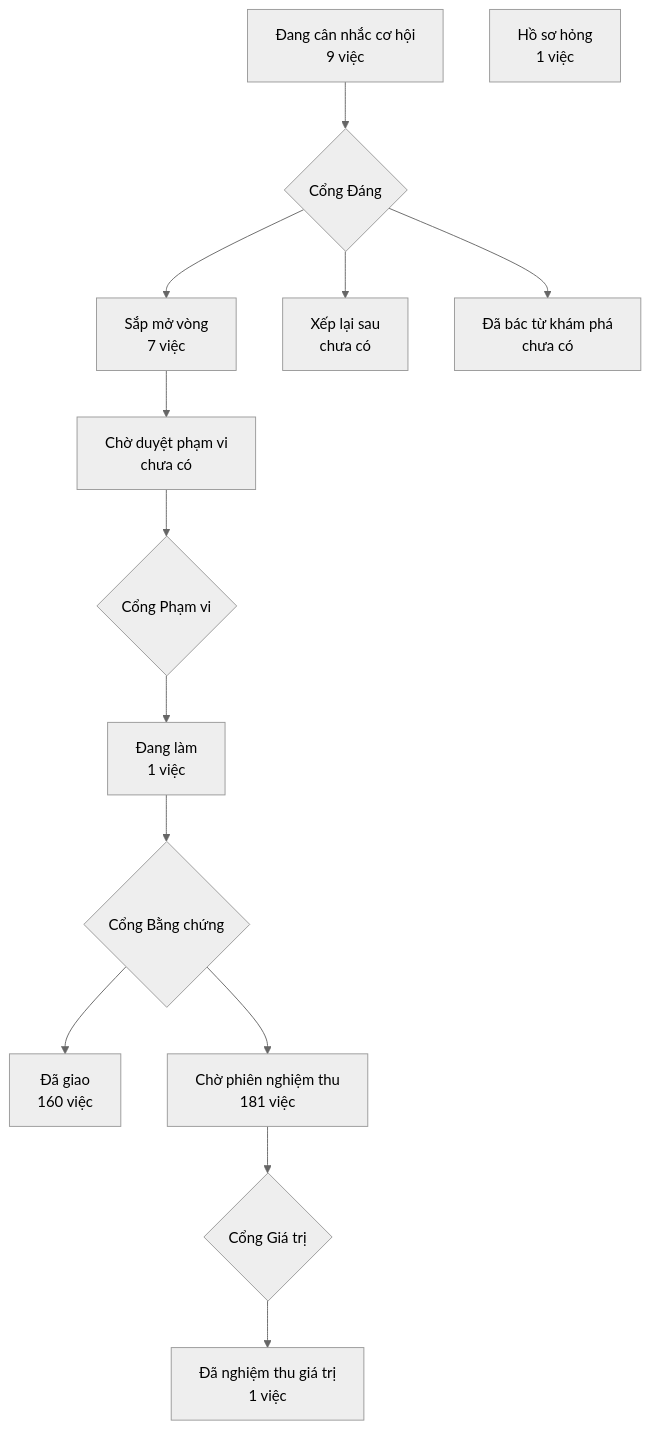
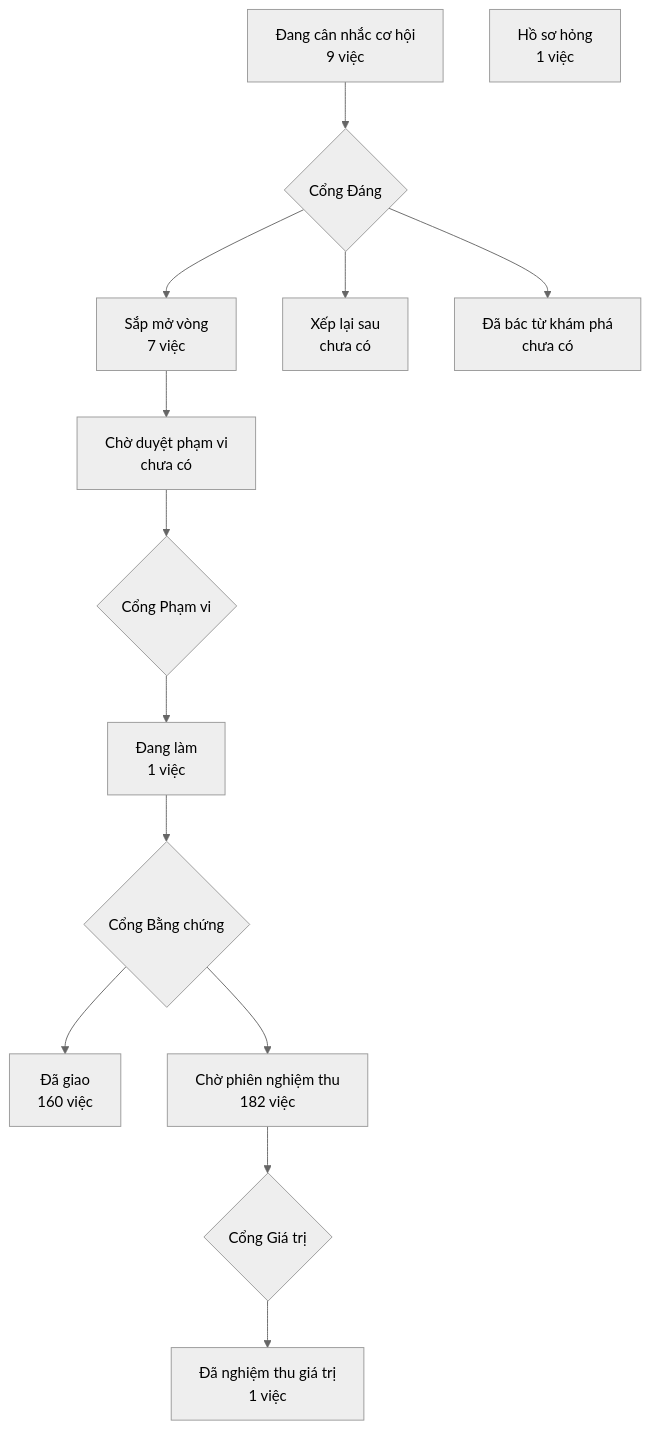
Before and after one commit to phanlemanh/crm-onehub: the diagram in PRODUCT-MAP.md, drawn with Mermaid (neutral theme). The commit also changed 1 other file, not shown here.

Commit message:
chore(tom-tat-tuan-dang-cho): vẽ lại bản đồ và trang lộ trình sau gộp onehub 872e18012

````diff
--- a/PRODUCT-MAP.md
+++ b/PRODUCT-MAP.md
@@ -7,13 +7,13 @@
 ```mermaid
 flowchart TD
   A["Đang cân nhắc cơ hội<br/>9 việc"] --> GD{"Cổng Đáng"}
   GD --> B["Sắp mở vòng<br/>7 việc"]
   GD --> XL["Xếp lại sau<br/>chưa có"]
   GD --> DB["Đã bác từ khám phá<br/>chưa có"]
   B --> CD["Chờ duyệt phạm vi<br/>chưa có"] --> GP{"Cổng Phạm vi"}
   GP --> DL["Đang làm<br/>1 việc"] --> GB{"Cổng Bằng chứng"}
   GB --> DG["Đã giao<br/>160 việc"]
-  GB --> CN["Chờ phiên nghiệm thu<br/>181 việc"] --> GG{"Cổng Giá trị"}
+  GB --> CN["Chờ phiên nghiệm thu<br/>182 việc"] --> GG{"Cổng Giá trị"}
   GG --> NT["Đã nghiệm thu giá trị<br/>1 việc"]
   HS["Hồ sơ hỏng<br/>1 việc"]
 ```
````
